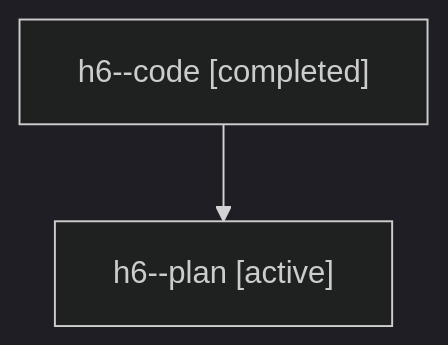
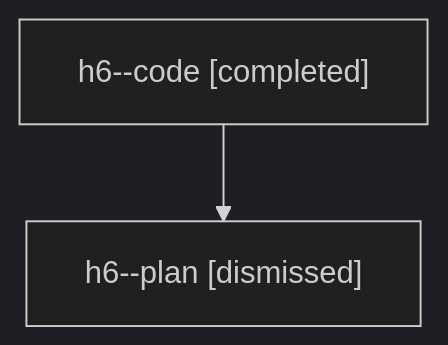
The diagram in sessions/bbugyi200.athena.h6.md (sase-org/sase--agents), drawn with Mermaid (dark theme) before and after one commit. The commit also changed other lines of this file and 29 other files, not shown here.

````diff
--- a/sessions/bbugyi200.athena.h6.md
+++ b/sessions/bbugyi200.athena.h6.md
@@ -9,6 +9,6 @@
 ```mermaid
 flowchart TD
   n0["h6--code [completed]"]
-  n1["h6--plan [active]"]
+  n1["h6--plan [dismissed]"]
   n0 --> n1
 ```
````
